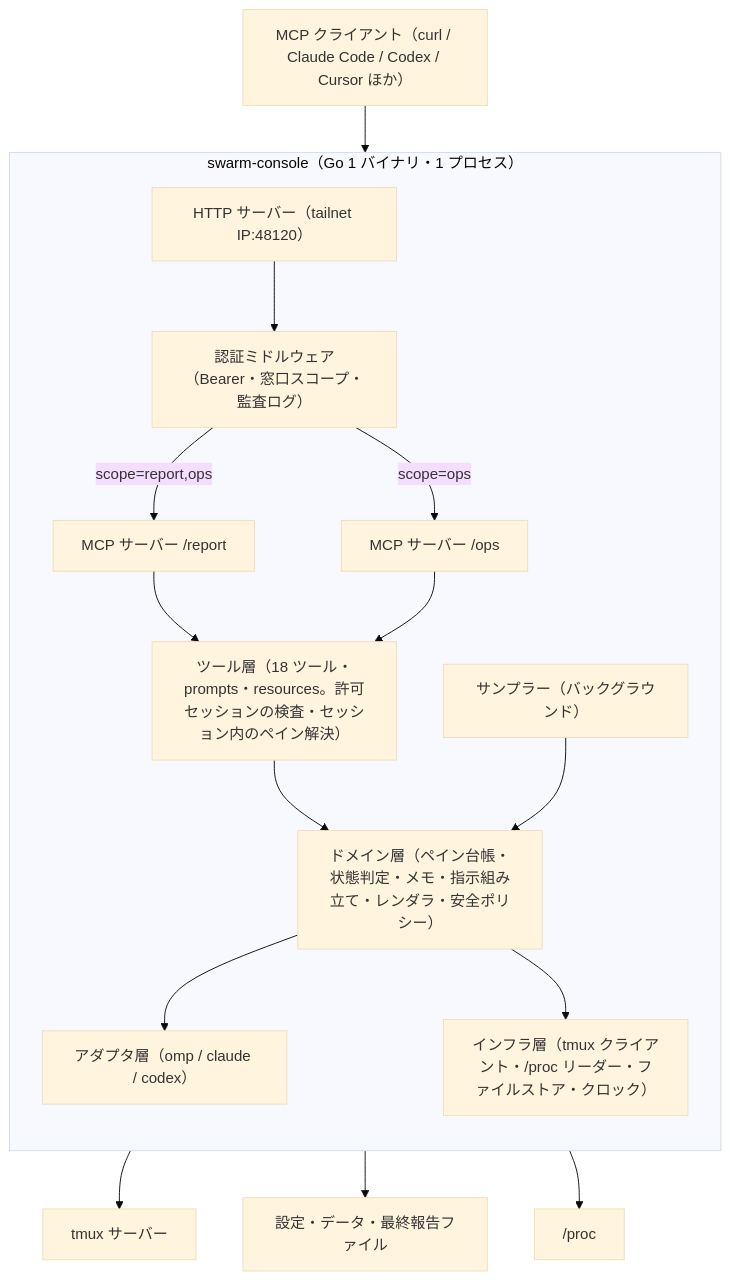
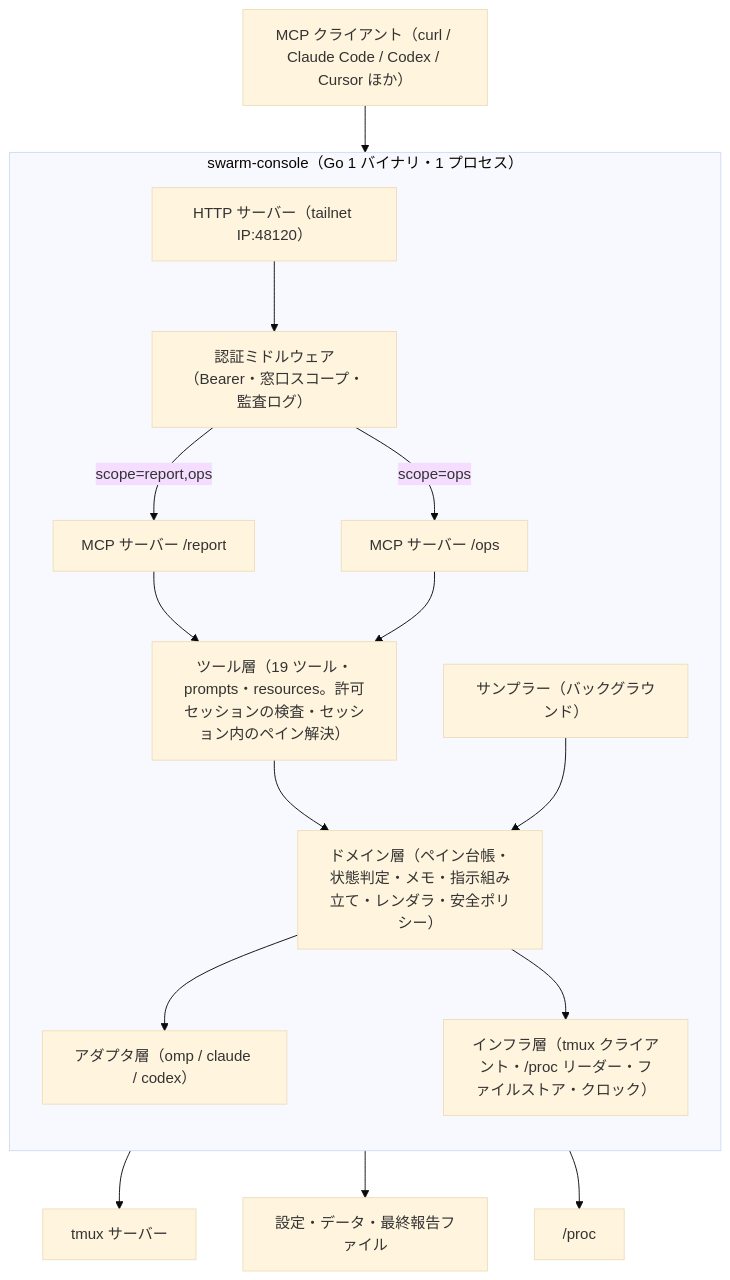
The first of 6 diagrams in docs/architecture/overview.md (ousiassllc/swarm-console), drawn with Mermaid (base theme) before and after one commit. The commit also changed other lines of this file and 17 other files, not shown here.

````diff
--- a/docs/architecture/overview.md
+++ b/docs/architecture/overview.md
@@ -13,34 +13,34 @@
 ```mermaid
 graph TD
     C1["MCP クライアント（curl / Claude Code / Codex / Cursor ほか）"]
 
     subgraph Proc["swarm-console（Go 1 バイナリ・1 プロセス）"]
         direction TB
         HTTP["HTTP サーバー（tailnet IP:48120）"]
         AUTH["認証ミドルウェア（Bearer・窓口スコープ・監査ログ）"]
         MCPR["MCP サーバー /report"]
         MCPO["MCP サーバー /ops"]
-        TOOLS["ツール層（18 ツール・prompts・resources。許可セッションの検査・セッション内のペイン解決）"]
+        TOOLS["ツール層（19 ツール・prompts・resources。許可セッションの検査・セッション内のペイン解決）"]
         DOM["ドメイン層（ペイン台帳・状態判定・メモ・指示組み立て・レンダラ・安全ポリシー）"]
         AD["アダプタ層（omp / claude / codex）"]
         INF["インフラ層（tmux クライアント・/proc リーダー・ファイルストア・クロック）"]
         SAMP["サンプラー（バックグラウンド）"]
     end
 
     TM["tmux サーバー"]
     FS["設定・データ・最終報告ファイル"]
     PROC["/proc"]
 
     C1 --> HTTP --> AUTH
     AUTH -->|scope=report,ops| MCPR
     AUTH -->|scope=ops| MCPO
     MCPR --> TOOLS
     MCPO --> TOOLS
     TOOLS --> DOM
     DOM --> AD
     DOM --> INF
     SAMP --> DOM
     INF --> TM
     INF --> FS
     INF --> PROC
 ```
````
